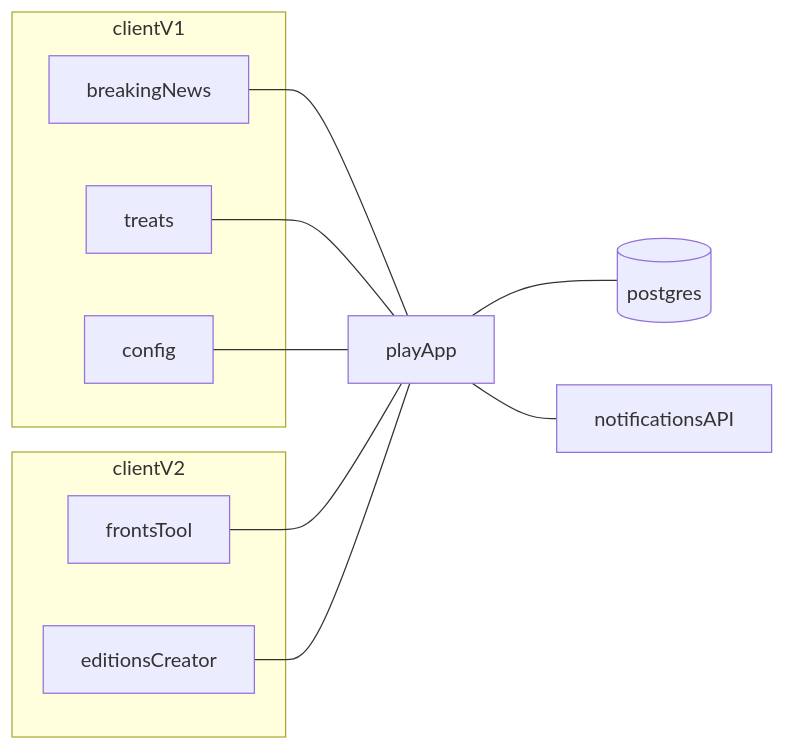
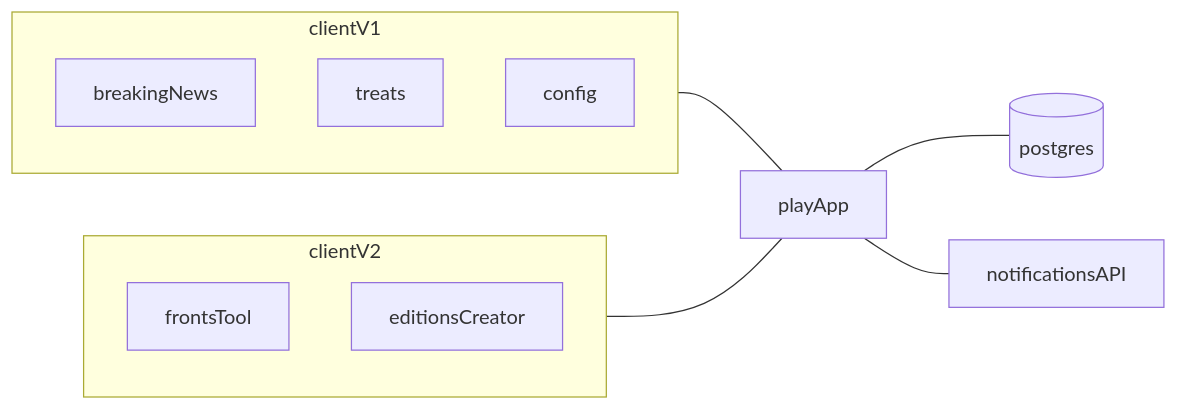
The diagram in README.md (guardian/facia-tool), drawn with Mermaid before and after one commit.

Commit message:
Try lines from subgraph

````diff
--- a/README.md
+++ b/README.md
@@ -64,19 +64,16 @@
 ``` mermaid
 graph LR
-  breakingNews --- playApp
-  treats --- playApp
-  config --- playApp
-  frontsTool --- playApp
-  editionsCreator --- playApp
   subgraph clientV1
     breakingNews
     treats
     config
   end
   subgraph clientV2
     frontsTool
     editionsCreator
   end
+  clientV1 --- playApp
+  clientV2 --- playApp
   playApp --- postgres[(postgres)]
   playApp --- notificationsAPI
 ```
````
